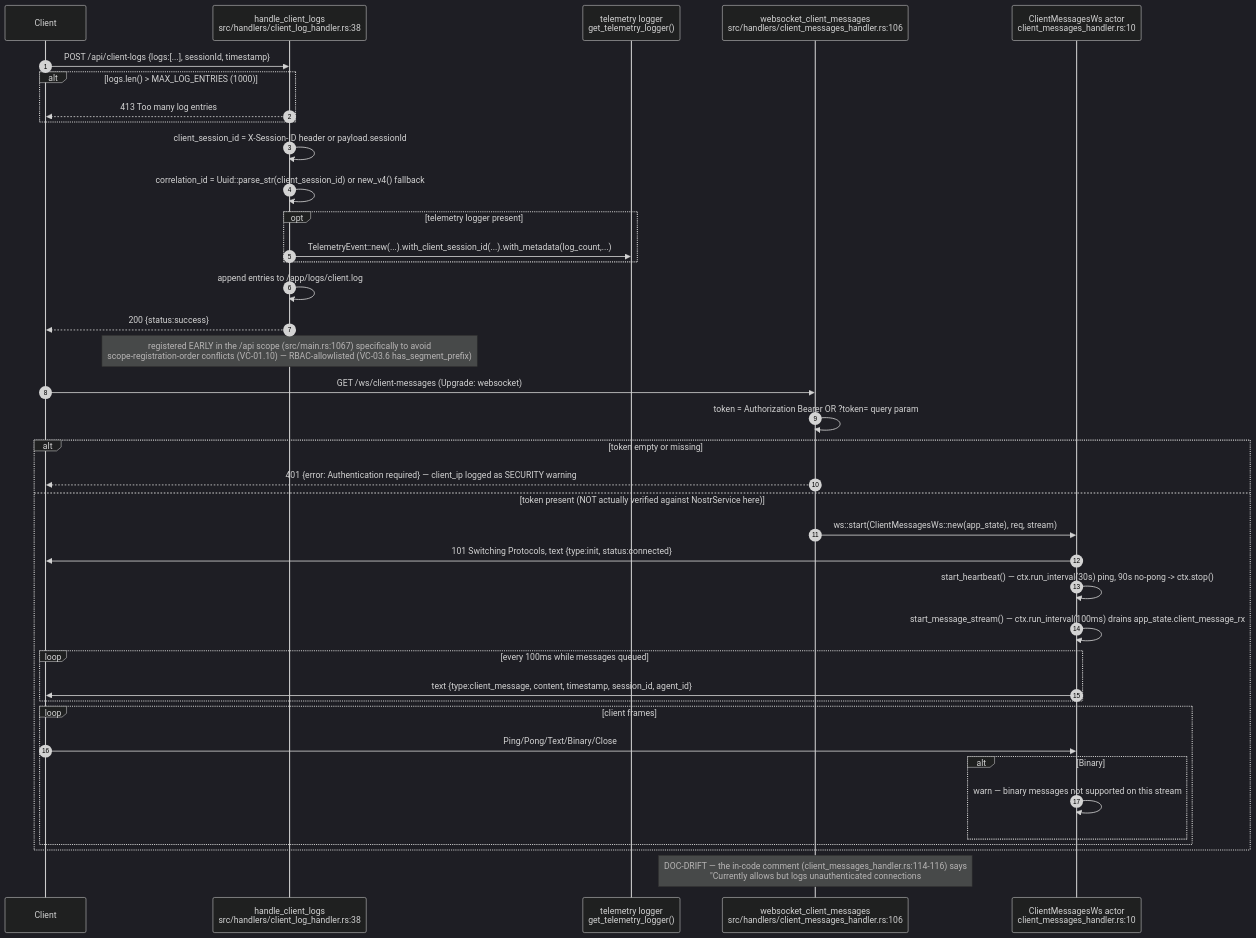
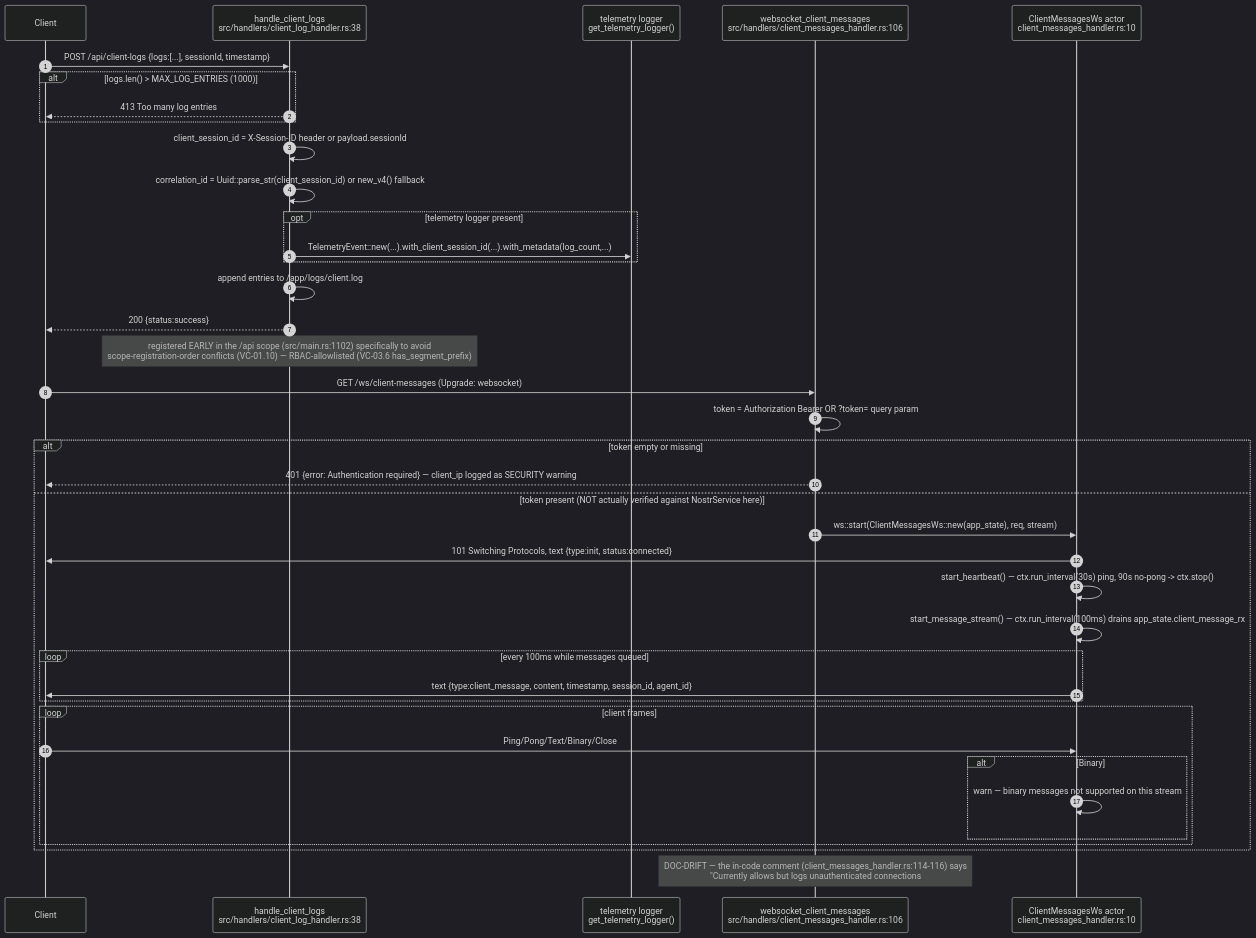
One commit to DreamLab-AI/VisionFlow changed diagram 25 of 29 in docs/diagrams/visionclaw/04-handlers-graph-and-state.md. Above: the diagram before and after it, drawn with Mermaid (dark theme). The commit also changed other lines of this file and 32 other files, not shown here.

````diff
--- a/docs/diagrams/visionclaw/04-handlers-graph-and-state.md
+++ b/docs/diagrams/visionclaw/04-handlers-graph-and-state.md
@@ -1067,43 +1075,43 @@
 ```mermaid
 sequenceDiagram
     autonumber
     participant C as Client
     participant CL as handle_client_logs<br/>src/handlers/client_log_handler.rs:38
     participant TL as telemetry logger<br/>get_telemetry_logger()
     participant WS as websocket_client_messages<br/>src/handlers/client_messages_handler.rs:106
     participant CW as ClientMessagesWs actor<br/>client_messages_handler.rs:10
 
     C->>CL: POST /api/client-logs {logs:[...], sessionId, timestamp}
     alt logs.len() > MAX_LOG_ENTRIES (1000)
         CL-->>C: 413 Too many log entries
     end
     CL->>CL: client_session_id = X-Session-ID header or payload.sessionId
     CL->>CL: correlation_id = Uuid::parse_str(client_session_id) or new_v4() fallback
     opt telemetry logger present
         CL->>TL: TelemetryEvent::new(...).with_client_session_id(...).with_metadata(log_count,...)
     end
     CL->>CL: append entries to /app/logs/client.log
     CL-->>C: 200 {status:success}
-    Note over CL: registered EARLY in the /api scope (src/main.rs:1067) specifically to avoid<br/>scope-registration-order conflicts (VC-01.10) — RBAC-allowlisted (VC-03.6 has_segment_prefix)
+    Note over CL: registered EARLY in the /api scope (src/main.rs:1102) specifically to avoid<br/>scope-registration-order conflicts (VC-01.10) — RBAC-allowlisted (VC-03.6 has_segment_prefix)
 
     C->>WS: GET /ws/client-messages (Upgrade: websocket)
     WS->>WS: token = Authorization Bearer OR ?token= query param
     alt token empty or missing
         WS-->>C: 401 {error: Authentication required} — client_ip logged as SECURITY warning
     else token present (NOT actually verified against NostrService here)
         WS->>CW: ws::start(ClientMessagesWs::new(app_state), req, stream)
         CW->>C: 101 Switching Protocols, text {type:init, status:connected}
         CW->>CW: start_heartbeat() — ctx.run_interval(30s) ping, 90s no-pong -> ctx.stop()
         CW->>CW: start_message_stream() — ctx.run_interval(100ms) drains app_state.client_message_rx
         loop every 100ms while messages queued
             CW->>C: text {type:client_message, content, timestamp, session_id, agent_id}
         end
         loop client frames
             C->>CW: Ping/Pong/Text/Binary/Close
             alt Binary
                 CW->>CW: warn — binary messages not supported on this stream
             end
         end
     end
     Note over WS: DOC-DRIFT — the in-code comment (client_messages_handler.rs:114-116) says<br/>#quot;Currently allows but logs unauthenticated connections#quot but the code (:131-142)<br/>actually REJECTS an empty token with 401 — the token's CONTENTS are never verified<br/>against NostrService, only its presence, so any non-empty string passes
 ```
````
